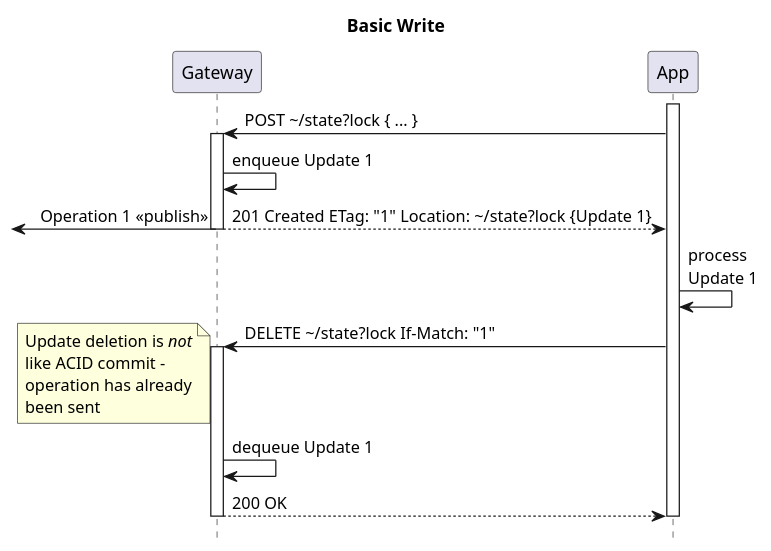
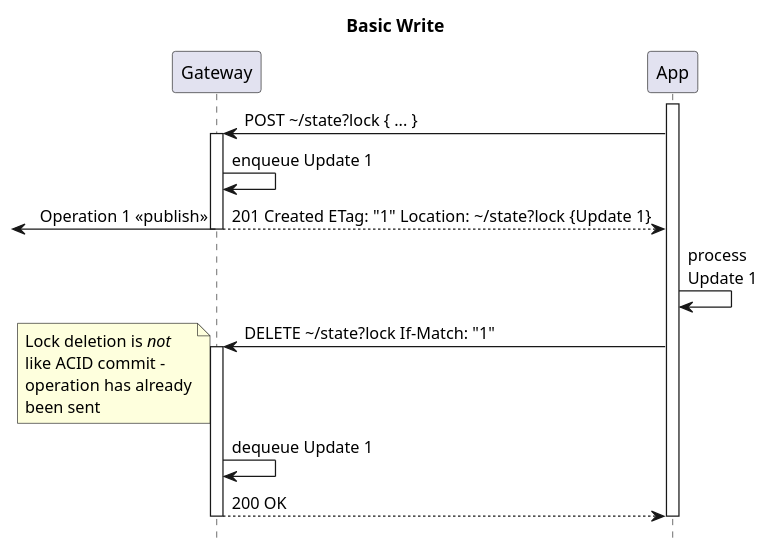
One commit to m-ld/m-ld-gateway changed the diagram in architecture/api/clone/http/1-basic-write.seq.puml. Above: the diagram before and after it, drawn with PlantUML. The commit also changed 22 other files, not shown here.

```diff
--- a/architecture/api/clone/http/1-basic-write.seq.puml
+++ b/architecture/api/clone/http/1-basic-write.seq.puml
@@ -1,29 +1,29 @@
 @startuml
 'https://plantuml.com/sequence-diagram
 !pragma teoz true
 hide footbox
 
 title: Basic Write
 
 participant Gateway as gw
 participant "App" as app
 
 activate app
 app -> gw ++: POST \~/state?lock { ... }
 gw -> gw: enqueue Update 1
 'Note that other operations on the domain can happen independently
 return 201 Created ETag: "1" Location: \~/state?lock {Update 1}
 & <- gw: Operation 1 <<publish>>
 app -> app: process\nUpdate 1
 app -> gw ++: DELETE \~/state?lock If-Match: "1"
 note left
-Update deletion is //not//
+Lock deletion is //not//
 like ACID commit –
 operation has already
 been sent
 end note
 gw -> gw: dequeue Update 1
 return 200 OK
 deactivate app
 
 @enduml
```
